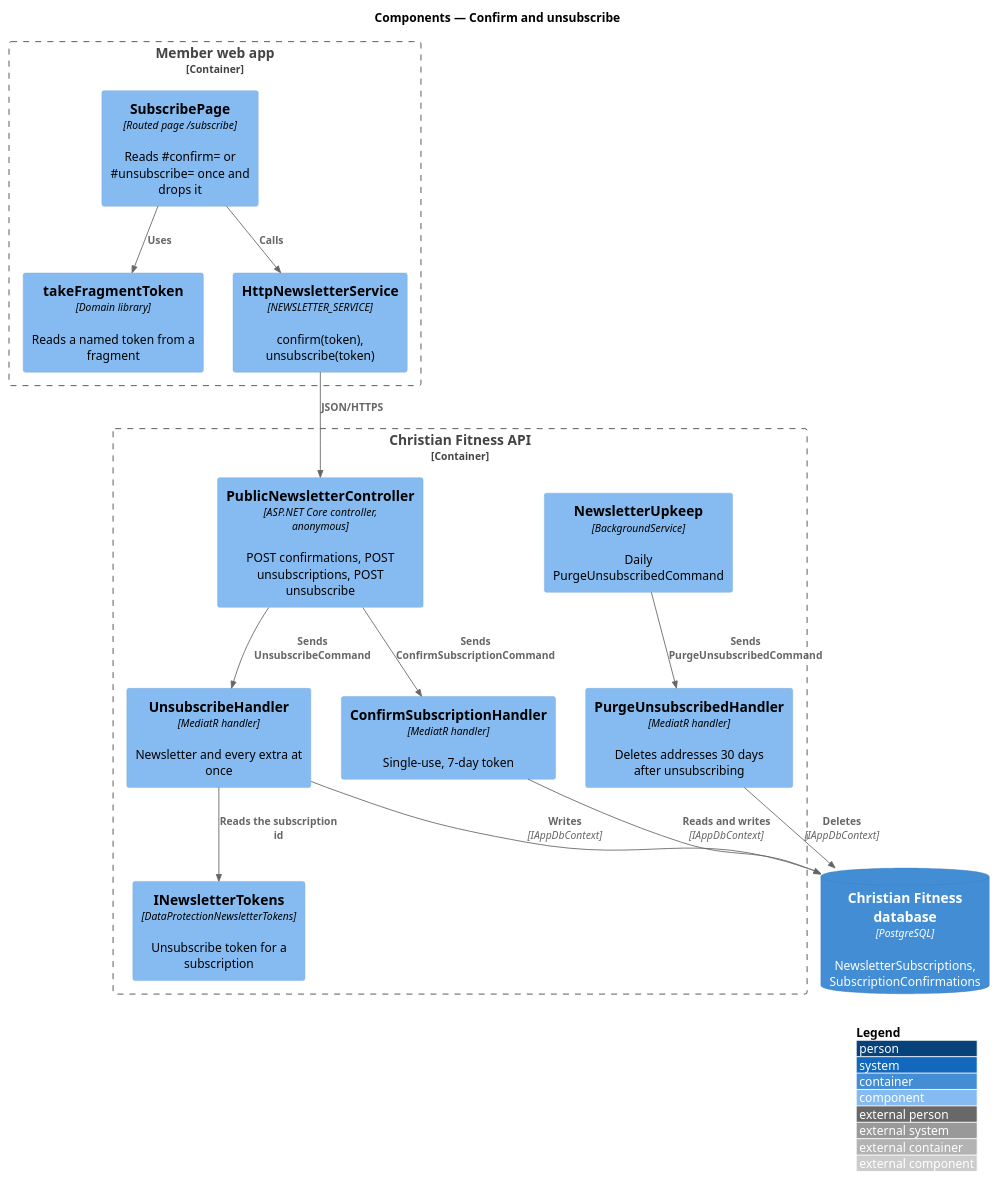
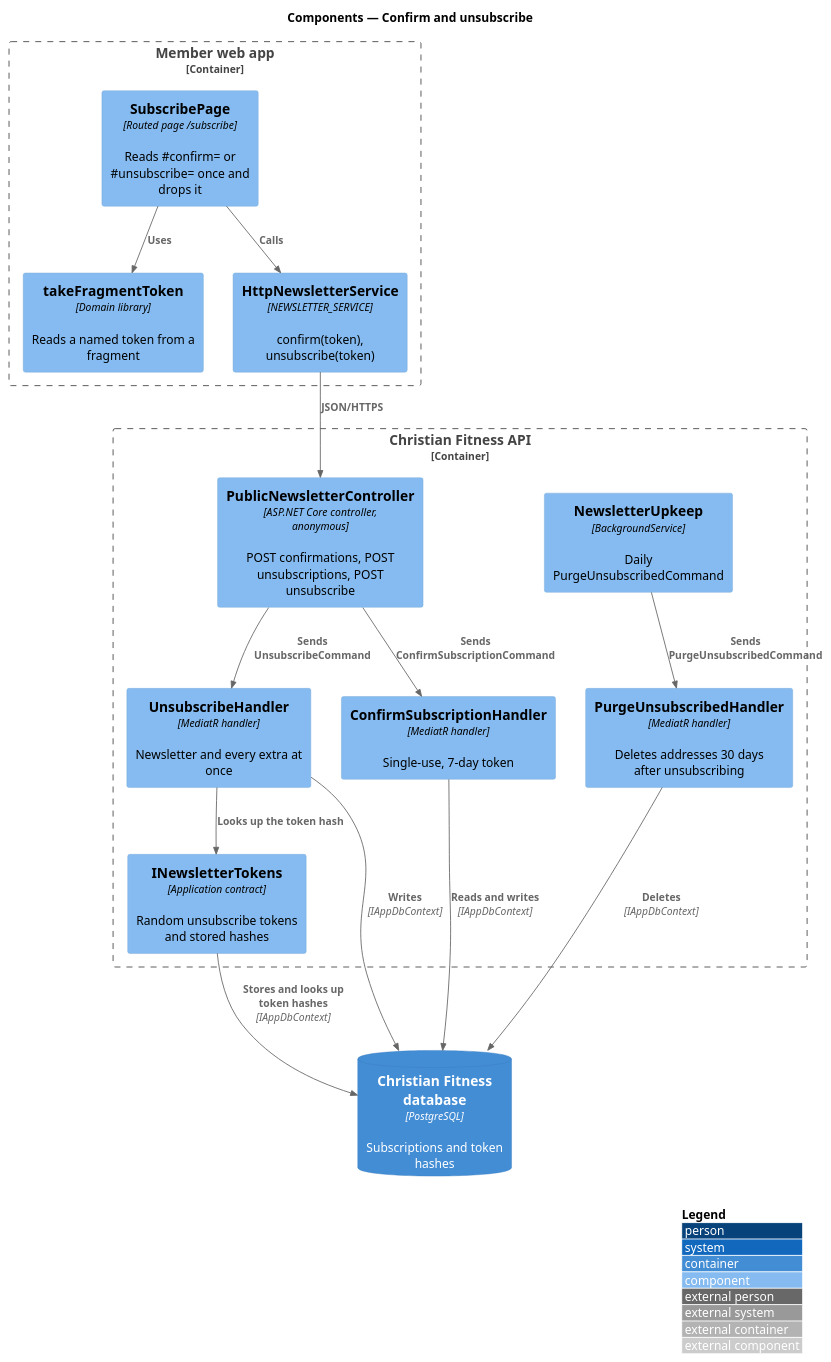
The diagram in docs/detailed-designs/news/confirm-and-unsubscribe/diagrams/c4-component.puml (QuinntyneBrown/christian-fitness), drawn with PlantUML before and after one commit. The commit also changed 31 other files, not shown here.

```diff
--- a/docs/detailed-designs/news/confirm-and-unsubscribe/diagrams/c4-component.puml
+++ b/docs/detailed-designs/news/confirm-and-unsubscribe/diagrams/c4-component.puml
@@ -1,30 +1,31 @@
 @startuml
 !include <C4/C4_Component>
 LAYOUT_WITH_LEGEND()
 title Components — Confirm and unsubscribe
 
 Container_Boundary(web, "Member web app") {
   Component(page, "SubscribePage", "Routed page /subscribe", "Reads #confirm= or #unsubscribe= once and drops it")
   Component(frag, "takeFragmentToken", "Domain library", "Reads a named token from a fragment")
   Component(client, "HttpNewsletterService", "NEWSLETTER_SERVICE", "confirm(token), unsubscribe(token)")
 }
 Container_Boundary(api, "Christian Fitness API") {
   Component(ctrl, "PublicNewsletterController", "ASP.NET Core controller, anonymous", "POST confirmations, POST unsubscriptions, POST unsubscribe")
   Component(confirm, "ConfirmSubscriptionHandler", "MediatR handler", "Single-use, 7-day token")
   Component(unsub, "UnsubscribeHandler", "MediatR handler", "Newsletter and every extra at once")
-  Component(tokens, "INewsletterTokens", "DataProtectionNewsletterTokens", "Unsubscribe token for a subscription")
+  Component(tokens, "INewsletterTokens", "Application contract", "Random unsubscribe tokens and stored hashes")
   Component(upkeep, "NewsletterUpkeep", "BackgroundService", "Daily PurgeUnsubscribedCommand")
   Component(purge, "PurgeUnsubscribedHandler", "MediatR handler", "Deletes addresses 30 days after unsubscribing")
 }
-ContainerDb(db, "Christian Fitness database", "PostgreSQL", "NewsletterSubscriptions, SubscriptionConfirmations")
+ContainerDb(db, "Christian Fitness database", "PostgreSQL", "Subscriptions and token hashes")
 Rel(page, frag, "Uses")
 Rel(page, client, "Calls")
 Rel(client, ctrl, "JSON/HTTPS")
 Rel(ctrl, confirm, "Sends ConfirmSubscriptionCommand")
 Rel(ctrl, unsub, "Sends UnsubscribeCommand")
-Rel(unsub, tokens, "Reads the subscription id")
+Rel(unsub, tokens, "Looks up the token hash")
+Rel(tokens, db, "Stores and looks up token hashes", "IAppDbContext")
 Rel(upkeep, purge, "Sends PurgeUnsubscribedCommand")
 Rel(confirm, db, "Reads and writes", "IAppDbContext")
 Rel(unsub, db, "Writes", "IAppDbContext")
 Rel(purge, db, "Deletes", "IAppDbContext")
 @enduml
```
